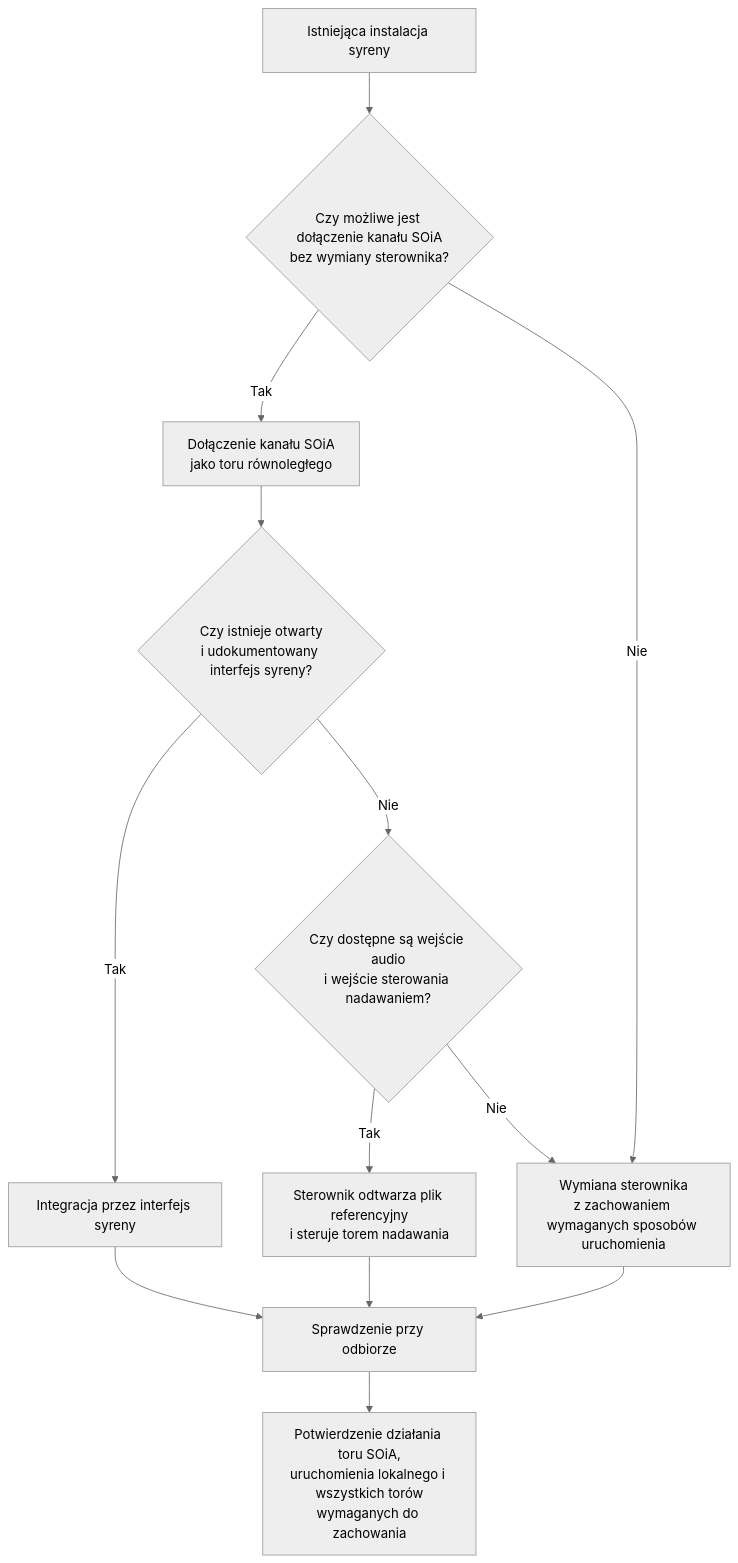
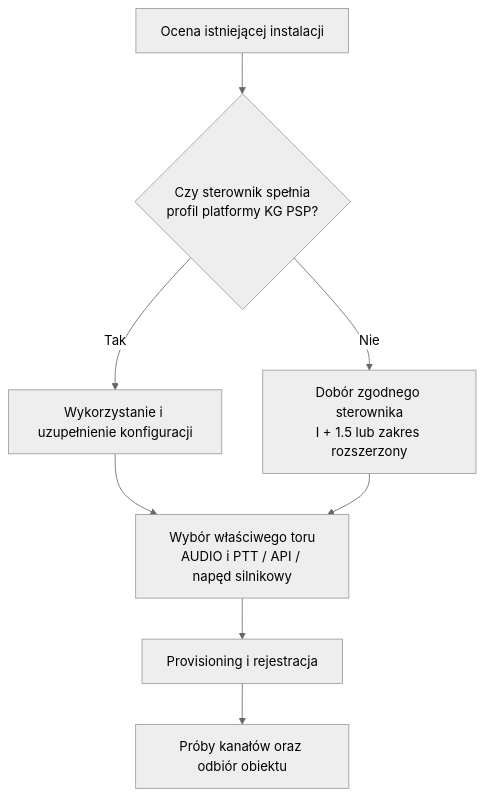
One commit to KGPSP/WYTYCZNE_SOIA changed the diagram in zalaczniki/Z2-INFORMACJA-DLA-ORGANOW.md. Above: the diagram before and after it, drawn with Mermaid (neutral theme). The commit also changed other lines of this file and 18 other files, not shown here.

````diff
--- a/zalaczniki/Z2-INFORMACJA-DLA-ORGANOW.md
+++ b/zalaczniki/Z2-INFORMACJA-DLA-ORGANOW.md
@@ -155,15 +43,10 @@
 ```mermaid
 flowchart TD
-    A[Istniejąca instalacja syreny] --> B{Czy możliwe jest dołączenie kanału SOiA<br/>bez wymiany sterownika?}
-    B -->|Tak| C[Dołączenie kanału SOiA<br/>jako toru równoległego]
-    B -->|Nie| D[Wymiana sterownika<br/>z zachowaniem wymaganych sposobów uruchomienia]
-    C --> E{Czy istnieje otwarty<br/>i udokumentowany interfejs syreny?}
-    E -->|Tak| F[Integracja przez interfejs syreny]
-    E -->|Nie| G{Czy dostępne są wejście audio<br/>i wejście sterowania nadawaniem?}
-    G -->|Tak| H[Sterownik odtwarza plik referencyjny<br/>i steruje torem nadawania]
-    G -->|Nie| D
-    F --> I[Sprawdzenie przy odbiorze]
-    H --> I
-    D --> I
-    I --> J[Potwierdzenie działania toru SOiA,<br/>uruchomienia lokalnego i wszystkich torów<br/>wymaganych do zachowania]
+    A[Ocena istniejącej instalacji] --> B{Czy sterownik spełnia<br/>profil platformy KG PSP?}
+    B -->|Tak| C[Wykorzystanie i uzupełnienie konfiguracji]
+    B -->|Nie| D[Dobór zgodnego sterownika<br/>I + 1.5 lub zakres rozszerzony]
+    C --> E[Wybór właściwego toru<br/>AUDIO i PTT / API / napęd silnikowy]
+    D --> E
+    E --> F[Provisioning i rejestracja]
+    F --> G[Próby kanałów oraz odbiór obiektu]
 ```
````
